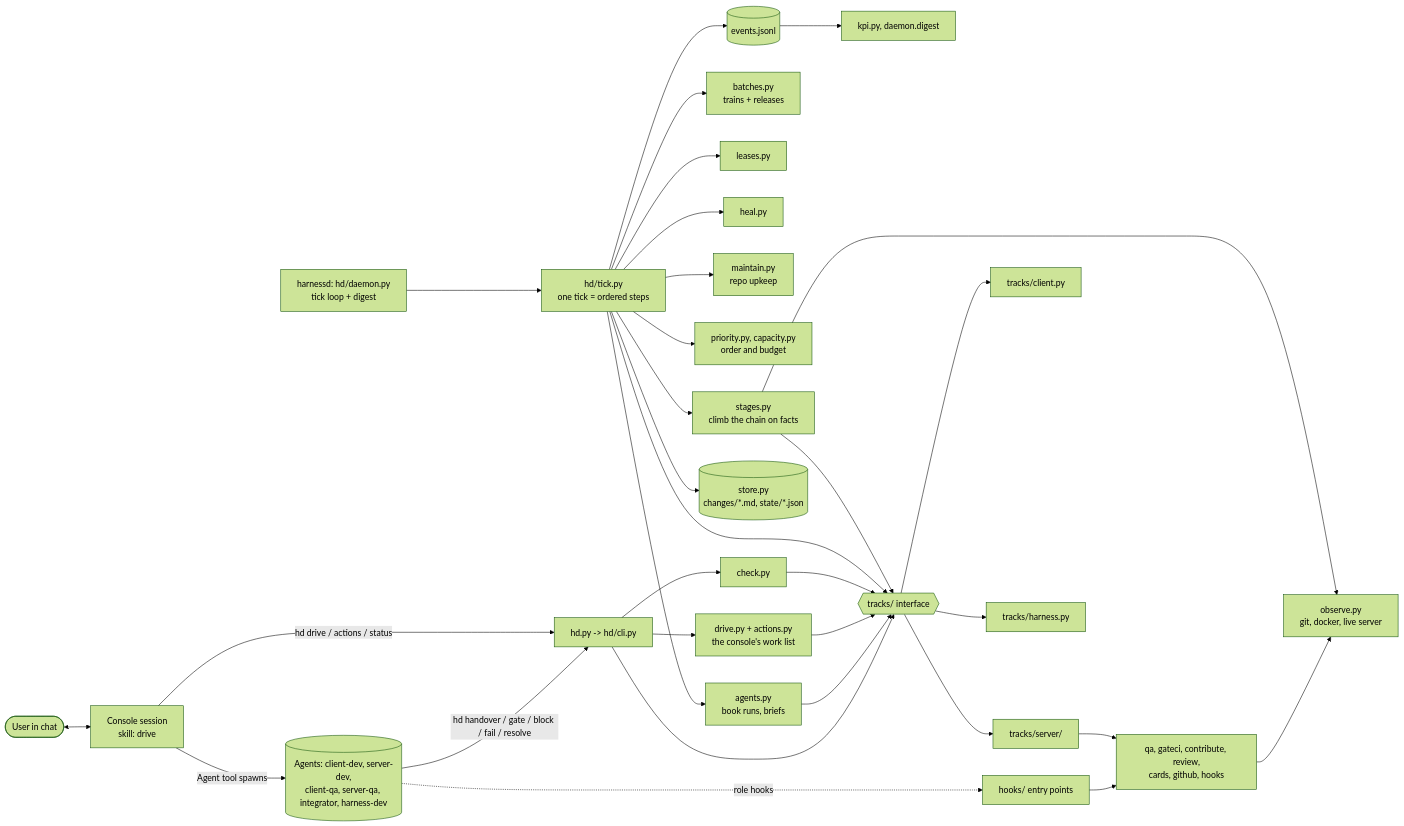
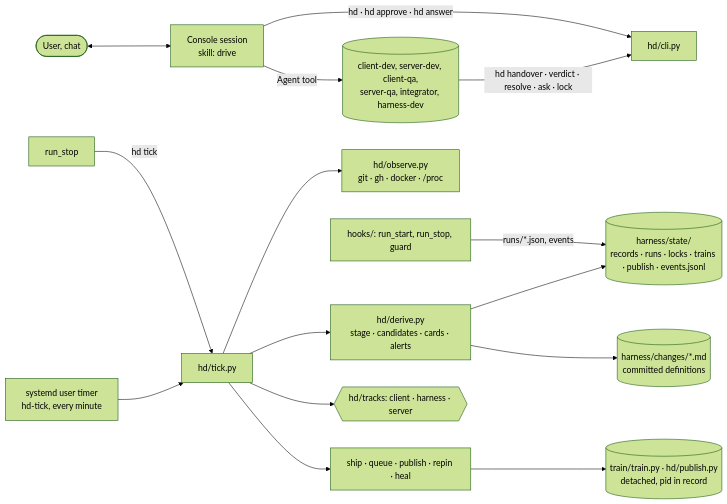
The first of 6 diagrams in docs/ARCHITECTURE.md (AlexPerrin/osrs-harness), drawn with Mermaid (forest theme) before and after one commit. The commit also changed other lines of this file and 3 other files, not shown here.

Commit message:
docs: v7 source docs (PROBLEM, PRD, ARCHITECTURE) and the build proposal

````diff
--- a/docs/ARCHITECTURE.md
+++ b/docs/ARCHITECTURE.md
@@ -19,21 +19,17 @@
 ```mermaid
 flowchart LR
-  user([User in chat]) <--> console[Console session<br/>skill: drive]
-  console -- "hd drive / actions / status" --> cli[hd.py -> hd/cli.py]
-  console -- "Agent tool spawns" --> agents[(Agents: client-dev, server-dev,<br/>client-qa, server-qa, integrator, harness-dev)]
-  agents -- "hd handover / gate / block / fail / resolve" --> cli
-  agents -. "role hooks" .-> hooks[hooks/ entry points]
-  daemon[harnessd: hd/daemon.py<br/>tick loop + digest] --> tick[hd/tick.py<br/>one tick = ordered steps]
-  tick --> stages[stages.py<br/>climb the chain on facts]
-  tick --> batches[batches.py<br/>trains + releases]
-  tick --> leases[leases.py] & heal[heal.py] & maintain[maintain.py<br/>repo upkeep] & plan[priority.py, capacity.py<br/>order and budget] & agentsmod[agents.py<br/>book runs, briefs]
-  tick --> store[(store.py<br/>changes/*.md, state/*.json)]
-  tick --> events[(events.jsonl)] --> kpi[kpi.py, daemon.digest]
-  cli --> check[check.py] & drive[drive.py + actions.py<br/>the console's work list]
-  stages & tick & check & drive & agentsmod & cli --> iface{{tracks/ interface}}
-  iface --> client[tracks/client.py] & harness[tracks/harness.py] & server[tracks/server/]
-  server --> srv[qa, gateci, contribute, review,<br/>cards, github, hooks]
-  hooks --> srv
-  stages --> observe[observe.py<br/>git, docker, live server]
-  srv --> observe
+  user([User, chat]) <--> console[Console session<br/>skill: drive]
+  console -- "hd · hd approve · hd answer" --> cli[hd/cli.py]
+  console -- "Agent tool" --> agents[(client-dev, server-dev, client-qa,<br/>server-qa, integrator, harness-dev)]
+  agents -- "hd handover · verdict · resolve · ask · lock" --> cli
+  hooks[hooks/: run_start, run_stop, guard] -- "runs/*.json, events" --> state
+  run_stop[run_stop] -- "hd tick" --> tick
+  timer[systemd user timer<br/>hd-tick, every minute] --> tick[hd/tick.py]
+  tick --> observe[hd/observe.py<br/>git · gh · docker · /proc] & derive[hd/derive.py<br/>stage · candidates · cards · alerts]
+  tick --> act[ship · queue · publish · repin · heal]
+  act --> procs[(train/train.py · hd/publish.py<br/>detached, pid in record)]
+  tick --> tracks{{hd/tracks: client · harness · server}}
+  state[(harness/state/<br/>records · runs · locks · trains · publish · events.jsonl)]
+  defs[(harness/changes/*.md<br/>committed definitions)]
+  derive --> state & defs
 ```
````
